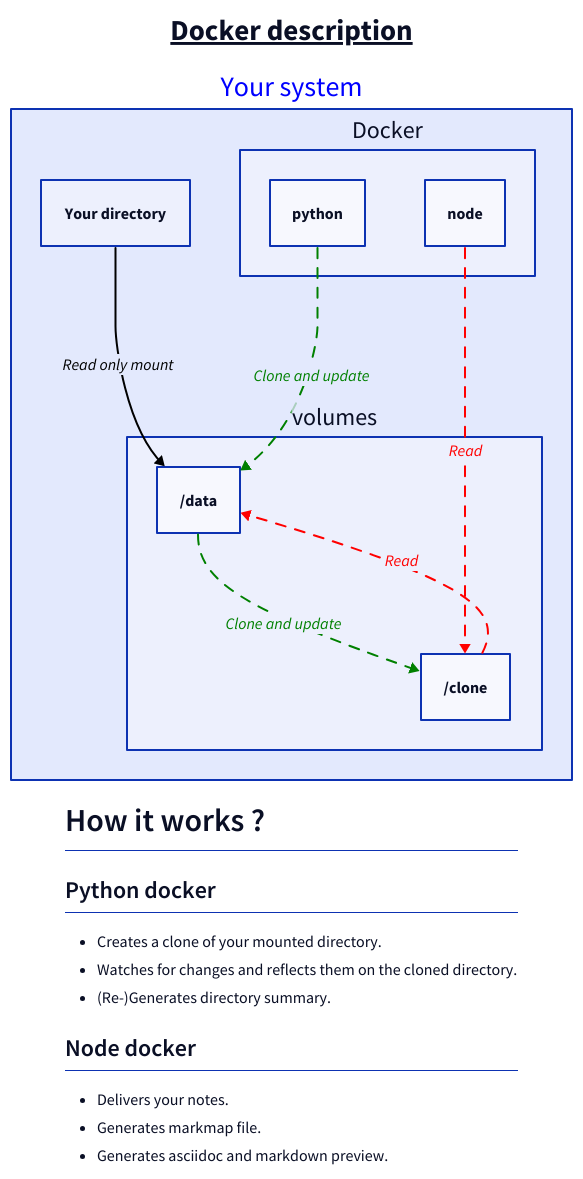
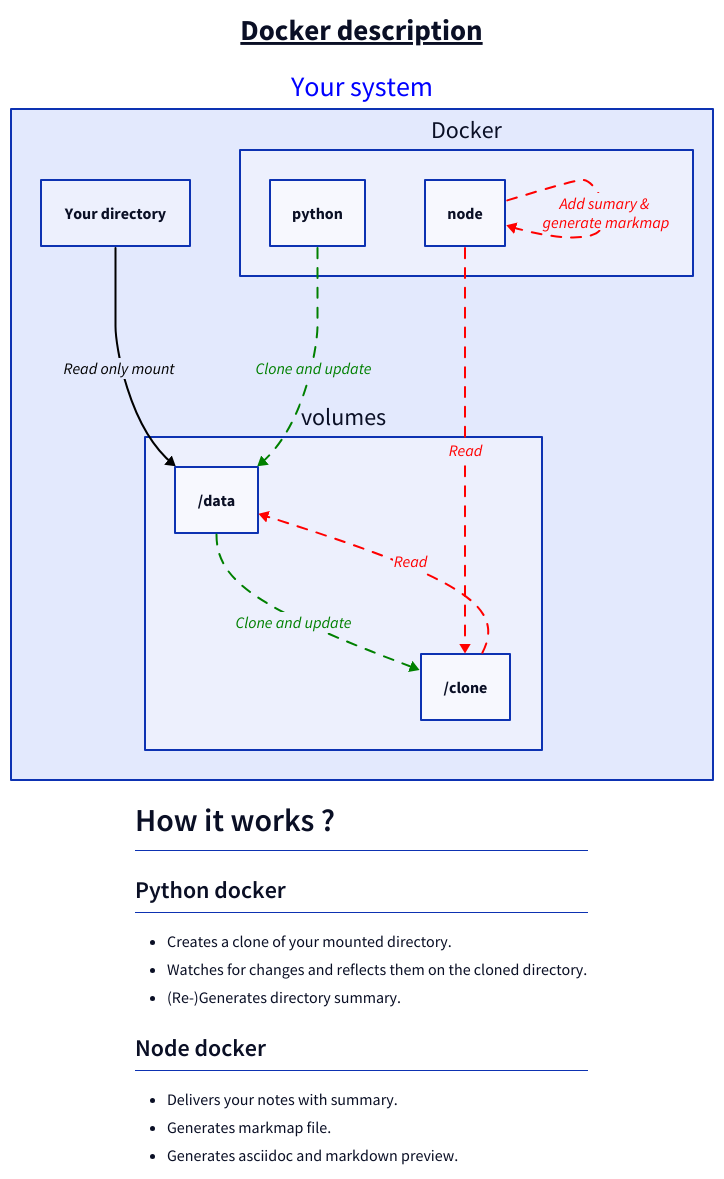
The diagram in images/docker_description.d2 (marcrow/redview), drawn with D2 before and after one commit. The commit also changed 3 other files, not shown here.

Commit message:
Update commit with diagram

```diff
--- a/images/docker_description.d2
+++ b/images/docker_description.d2
@@ -1,31 +1,31 @@
 title: Docker description {
   near: top-center
   shape: text
   style: {
     font-size: 29
     bold: true
     underline: true
   }
 }
 Your system: {style.font-color: blue}
 Your system.Docker.python
 Your system.Docker.node
 Your system.volumes./clone
 Your system.volumes./data
 
 Your system.Your directory -> Your system.volumes./data: Read only mount {style.stroke: black; style.font-color: black}
 
 Your system.Docker.python -> Your system.volumes./data -> Your system.volumes./clone: Clone and update {style.animated: true; style.stroke: green; style.font-color: green}
 Your system.Docker.node -> Your system.volumes./clone -> Your system.volumes./data: Read {style.animated: true; style.stroke: red; style.font-color: red}
-
+Your system.Docker.node -> Your system.Docker.node : Add sumary & \ngenerate markmap  {style.animated: true; style.stroke: red; style.font-color: red}
 explanation: |md
   # How it works ?
   ## Python docker
     - Creates a clone of your mounted directory.
     - Watches for changes and reflects them on the cloned directory.
     - (Re-)Generates directory summary.
   ## Node docker
-    - Delivers your notes.
+    - Delivers your notes with summary.
     - Generates markmap file.
     - Generates asciidoc and markdown preview.
 | {near: bottom-center}
```
